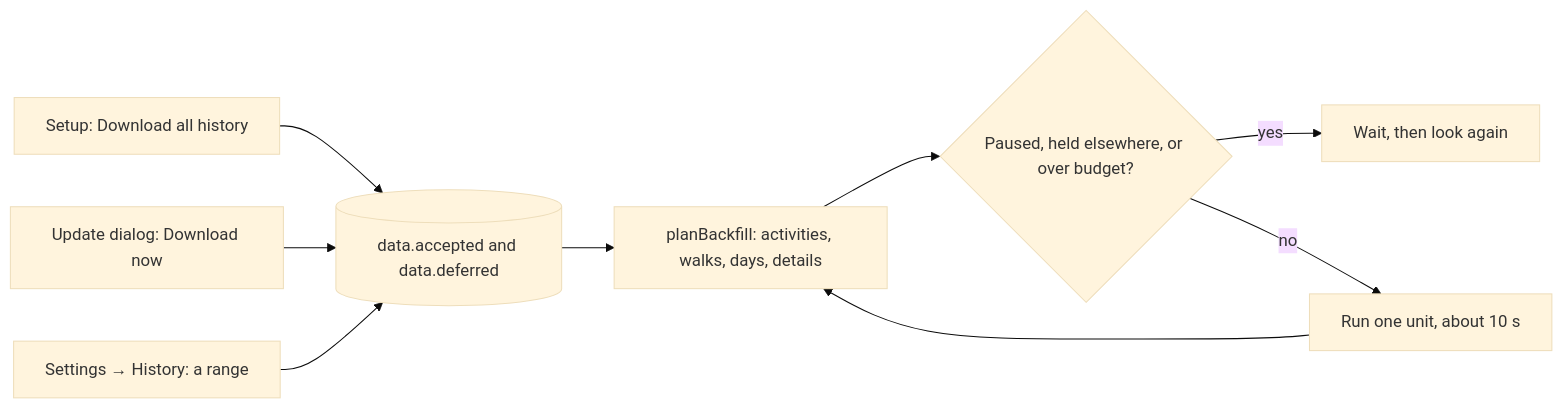
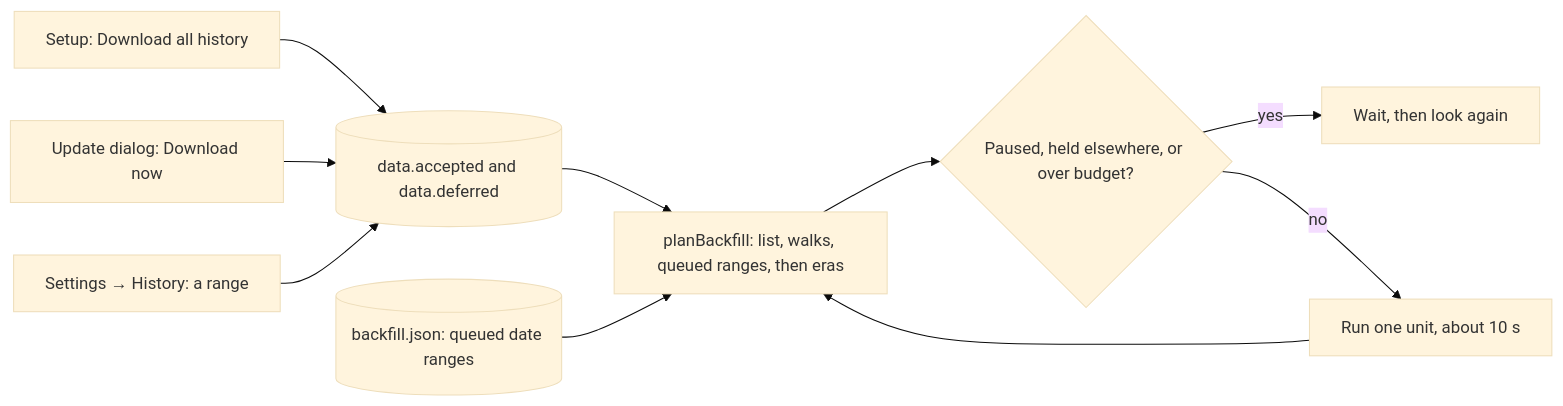
One commit to tareqayz/Obsidian-Garmin-Connect changed the fourth of 4 diagrams in docs/architecture.md. Above: the diagram before and after it, drawn with Mermaid (base theme). The commit also changed other lines of this file and 16 other files, not shown here.

````diff
--- a/docs/architecture.md
+++ b/docs/architecture.md
@@ -271,11 +333,12 @@
 ```mermaid
 flowchart LR
   setup["Setup: Download all history"] --> ledger[("data.accepted and data.deferred")]
   dialog["Update dialog: Download now"] --> ledger
   choice["Settings → History: a range"] --> ledger
-  ledger --> plan["planBackfill: activities, walks, days, details"]
+  ledger --> plan["planBackfill: list, walks, queued ranges, then eras"]
+  queue[("backfill.json: queued date ranges")] --> plan
   plan --> checks{"Paused, held elsewhere, or over budget?"}
   checks -->|yes| wait["Wait, then look again"]
   checks -->|no| unit["Run one unit, about 10 s"]
   unit --> plan
 ```
````
